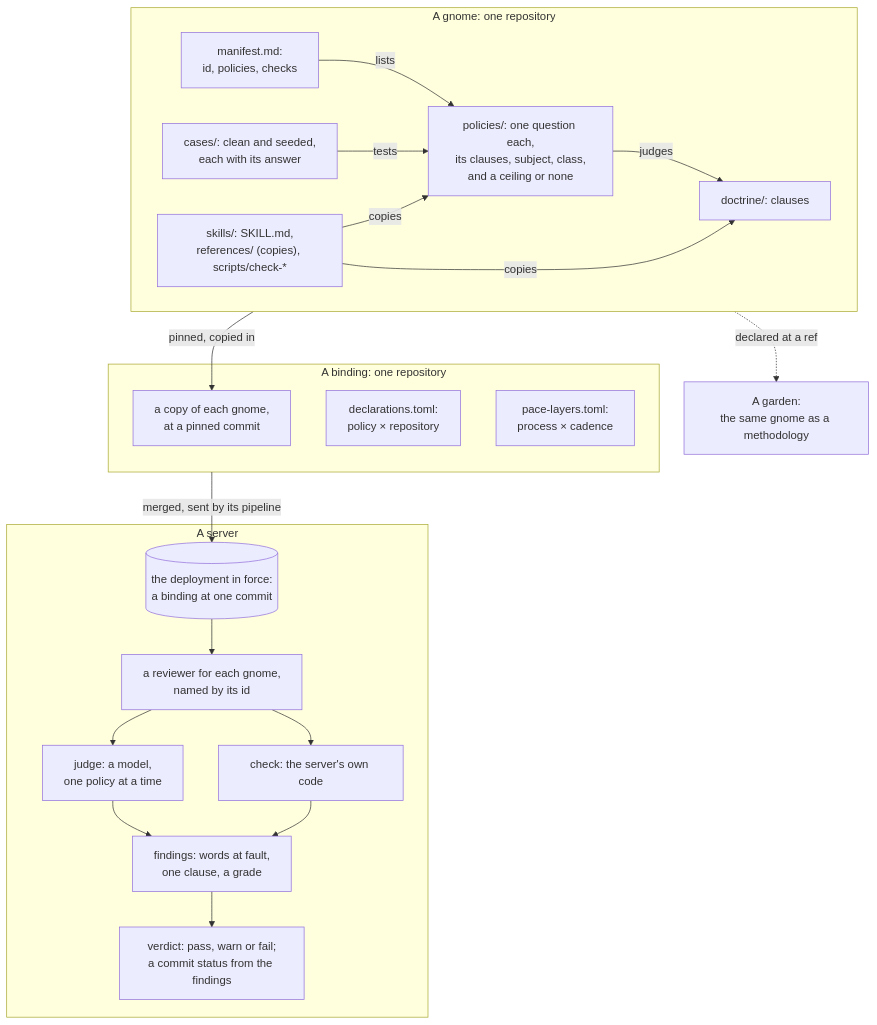
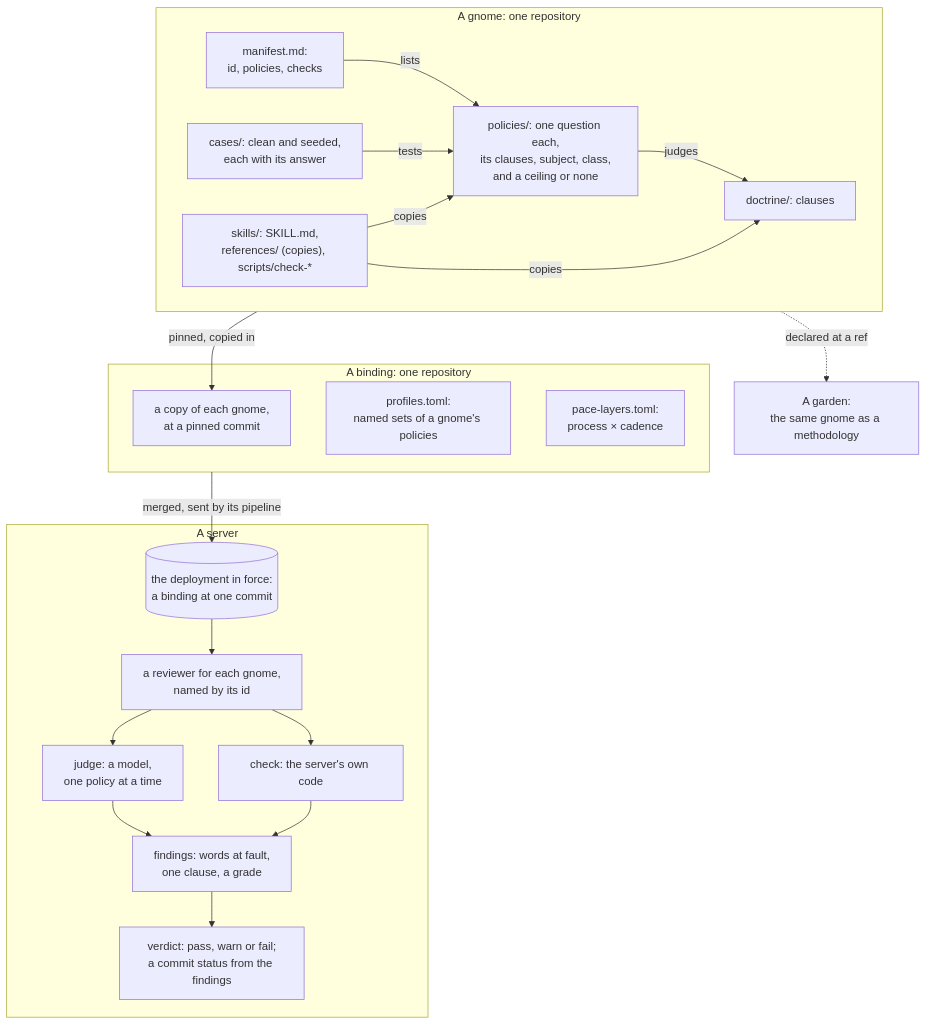
Before and after one commit to bugflow/bugflow: the third of 3 diagrams in docs/architecture.md, drawn with Mermaid. The commit also changed other lines of this file and 58 other files, not shown here.

````diff
--- a/docs/architecture.md
+++ b/docs/architecture.md
@@ -175,38 +176,38 @@
 ```mermaid
 flowchart TD
     subgraph gnome["A gnome: one repository"]
         manifest["manifest.md:<br/>id, policies, checks"]
         doctrine["doctrine/: clauses"]
         policy["policies/: one question each,<br/>its clauses, subject, class,<br/>and a ceiling or none"]
         case["cases/: clean and seeded,<br/>each with its answer"]
         skill["skills/: SKILL.md,<br/>references/ (copies), scripts/check-*"]
         manifest -- lists --> policy
         policy -- judges --> doctrine
         case -- tests --> policy
         skill -- copies --> doctrine
         skill -- copies --> policy
     end
     subgraph binding["A binding: one repository"]
         copies["a copy of each gnome,<br/>at a pinned commit"]
-        declarations["declarations.toml:<br/>policy × repository"]
+        profiles["profiles.toml:<br/>named sets of a gnome's policies"]
         pace["pace-layers.toml:<br/>process × cadence"]
     end
     subgraph server["A server"]
         deployment[("the deployment in force:<br/>a binding at one commit")]
         reviewer["a reviewer for each gnome,<br/>named by its id"]
         judge["judge: a model,<br/>one policy at a time"]
         check["check: the server's own code"]
         finding["findings: words at fault,<br/>one clause, a grade"]
         verdict["verdict: pass, warn or fail;<br/>a commit status from the findings"]
         deployment --> reviewer
         reviewer --> judge
         reviewer --> check
         judge --> finding
         check --> finding
         finding --> verdict
     end
     gnome -- "pinned, copied in" --> copies
     binding -- "merged, sent by its pipeline" --> deployment
     garden["A garden:<br/>the same gnome as a methodology"]
     gnome -. "declared at a ref" .-> garden
 ```
````
